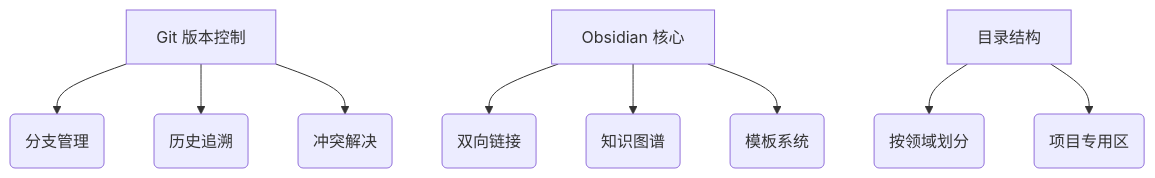
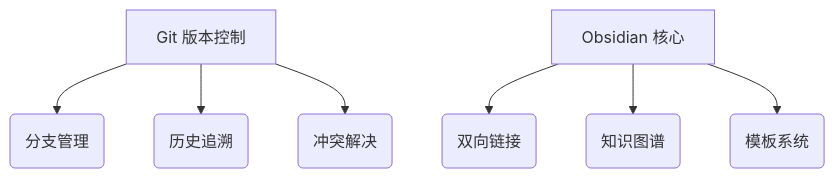
Before and after one commit to Tenstu/Team: the diagram in README.md, drawn with Mermaid.

Commit message:
更新README

````diff
--- a/README.md
+++ b/README.md
@@ -10,11 +10,9 @@
 ```mermaid
 graph TD
     A[Git 版本控制] --> B(分支管理)
     A --> C(历史追溯)
     A --> D(冲突解决)
     E[Obsidian 核心] --> F(双向链接)
     E --> G(知识图谱)
     E --> H(模板系统)
-    I[目录结构] --> J(按领域划分)
-    I --> K(项目专用区)
 ```
````
